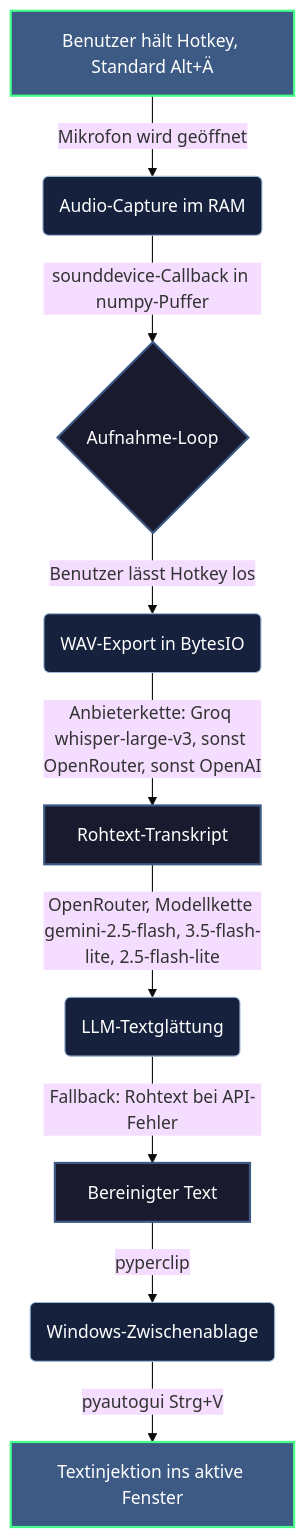
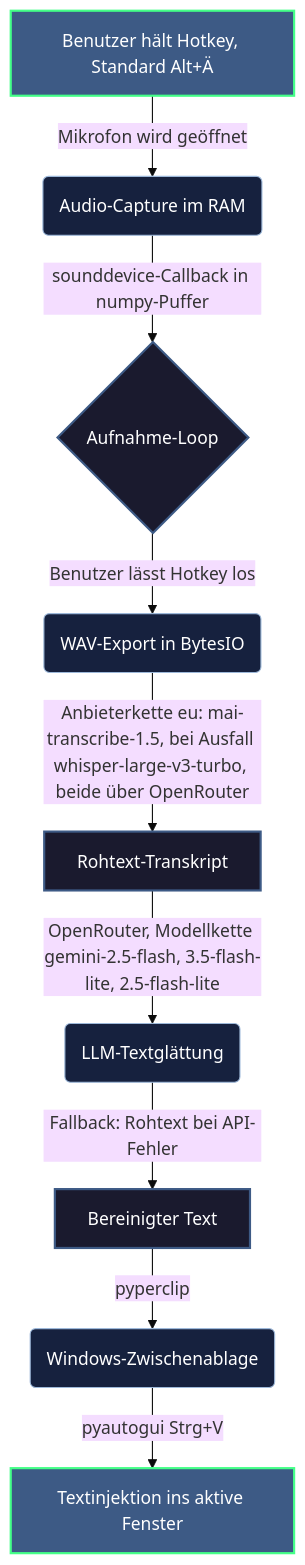
One commit to HeartledAgentEngineer/it-ot-agentic-engineering changed the diagram in 02_Softwareentwicklung_IT/typeFREE/README.md. Above: the diagram before and after it, drawn with Mermaid (base theme). The commit also changed other lines of this file and 4 other files, not shown here.

First line of the commit message:
fix(typefree): EU-Kette nur noch mai-1.5 -> turbo - turbo erfand 'Vielen Dank', Codex FREI (Runde 7)

````diff
--- a/02_Softwareentwicklung_IT/typeFREE/README.md
+++ b/02_Softwareentwicklung_IT/typeFREE/README.md
@@ -60,19 +62,19 @@
 ```mermaid
 graph TD
     %% Styling
     classDef default fill:#1a1a2e,stroke:#3d5a85,stroke-width:2px,color:#ffffff;
     classDef process fill:#16213e,stroke:#9db8d9,stroke-width:1px,color:#ffffff;
     classDef highlight fill:#3d5a85,stroke:#44ff88,stroke-width:2px,color:#ffffff;
 
     A[Benutzer hält Hotkey, Standard Alt+Ä] -->|Mikrofon wird geöffnet| B(Audio-Capture im RAM)
     B -->|sounddevice-Callback in numpy-Puffer| C{Aufnahme-Loop}
     C -->|Benutzer lässt Hotkey los| D(WAV-Export in BytesIO)
-    D -->|Anbieterkette: Groq whisper-large-v3, sonst OpenRouter, sonst OpenAI| E[Rohtext-Transkript]
+    D -->|Anbieterkette eu: mai-transcribe-1.5, bei Ausfall whisper-large-v3-turbo, beide über OpenRouter| E[Rohtext-Transkript]
     E -->|OpenRouter, Modellkette gemini-2.5-flash, 3.5-flash-lite, 2.5-flash-lite| F(LLM-Textglättung)
     F -->|Fallback: Rohtext bei API-Fehler| G[Bereinigter Text]
     G -->|pyperclip| H(Windows-Zwischenablage)
     H -->|pyautogui Strg+V| I[Textinjektion ins aktive Fenster]
 
     class A,I highlight;
     class B,D,F,H process;
 ```
````
